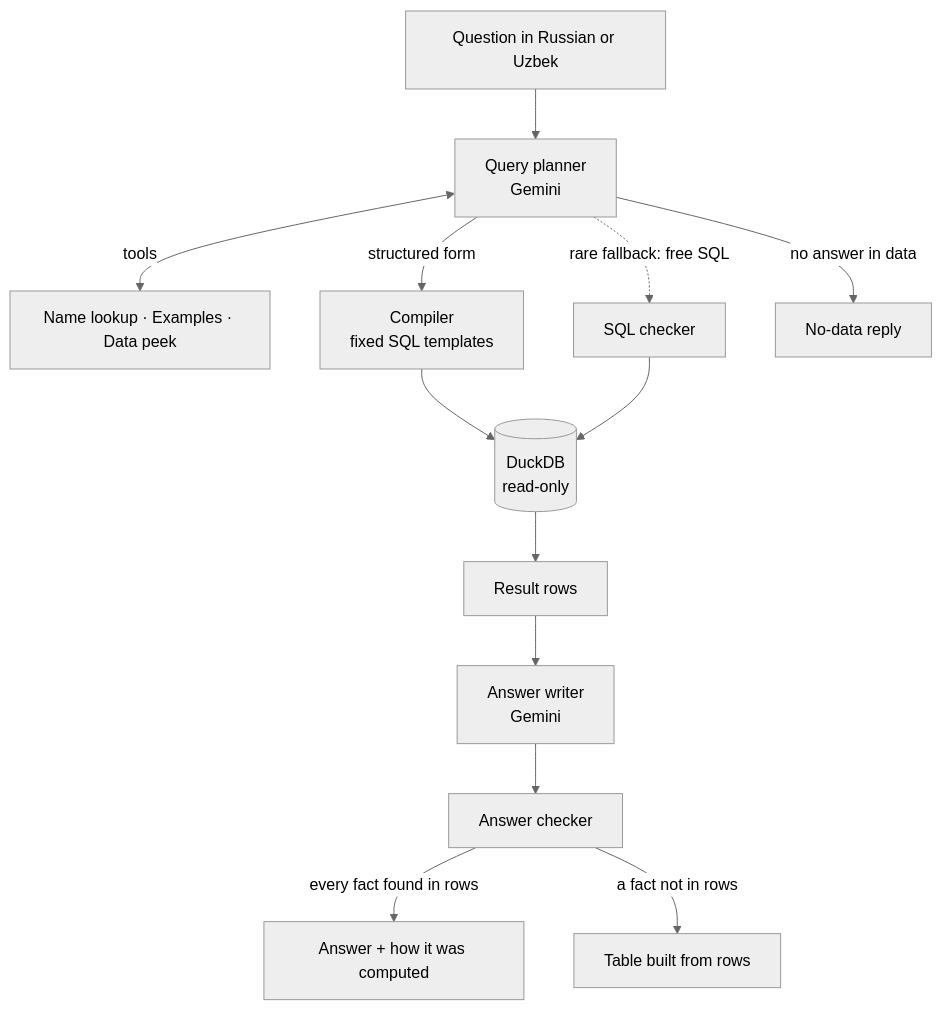
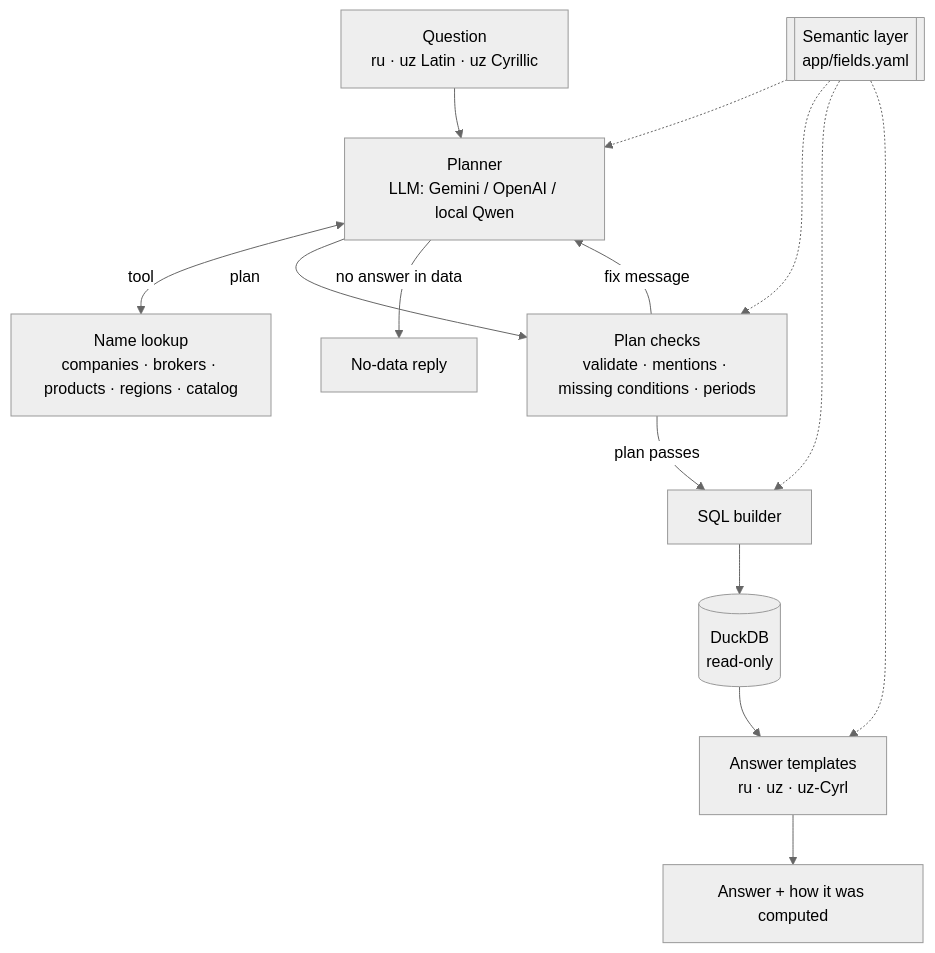
One commit to omardmv/trade-registry-Q-A-agent changed the first of 2 diagrams in README.md. Above: the diagram before and after it, drawn with Mermaid (neutral theme). The commit also changed other lines of this file and 2 other files, not shown here.

Commit message:
docs: README architecture for the grammar planner with the semantic layer (app/fields.yaml) at the centre, code-rendered answers, plan checks, honest held-out numbers; redesign doc status

````diff
--- a/README.md
+++ b/README.md
@@ -16,15 +21,18 @@
 ```mermaid
 flowchart TD
-    Q[Question in Russian or Uzbek] --> W[Query planner<br/>Gemini]
-    W <-->|tools| T[Name lookup · Examples · Data peek]
-    W -->|structured form| C[Compiler<br/>fixed SQL templates]
-    W -.->|rare fallback: free SQL| V[SQL checker]
-    W -->|no answer in data| N[No-data reply]
-    C --> DB[(DuckDB<br/>read-only)]
-    V --> DB
-    DB --> R[Result rows]
-    R --> A[Answer writer<br/>Gemini]
-    A --> CH[Answer checker]
-    CH -->|every fact found in rows| OK[Answer + how it was computed]
-    CH -->|a fact not in rows| F[Table built from rows]
+    Q[Question<br/>ru · uz Latin · uz Cyrillic] --> P[Planner<br/>LLM: Gemini / OpenAI / local Qwen]
+    P <-->|tool| R[Name lookup<br/>companies · brokers · products · regions · catalog]
+    P -->|plan| CK[Plan checks<br/>validate · mentions · missing conditions · periods]
+    CK -->|fix message| P
+    P -->|no answer in data| N[No-data reply]
+    CK -->|plan passes| B[SQL builder]
+    B --> DB[(DuckDB<br/>read-only)]
+    DB --> T[Answer templates<br/>ru · uz · uz-Cyrl]
+    T --> OK[Answer + how it was computed]
+
+    S[[Semantic layer<br/>app/fields.yaml]]
+    S -.-> P
+    S -.-> CK
+    S -.-> B
+    S -.-> T
 ```
````
